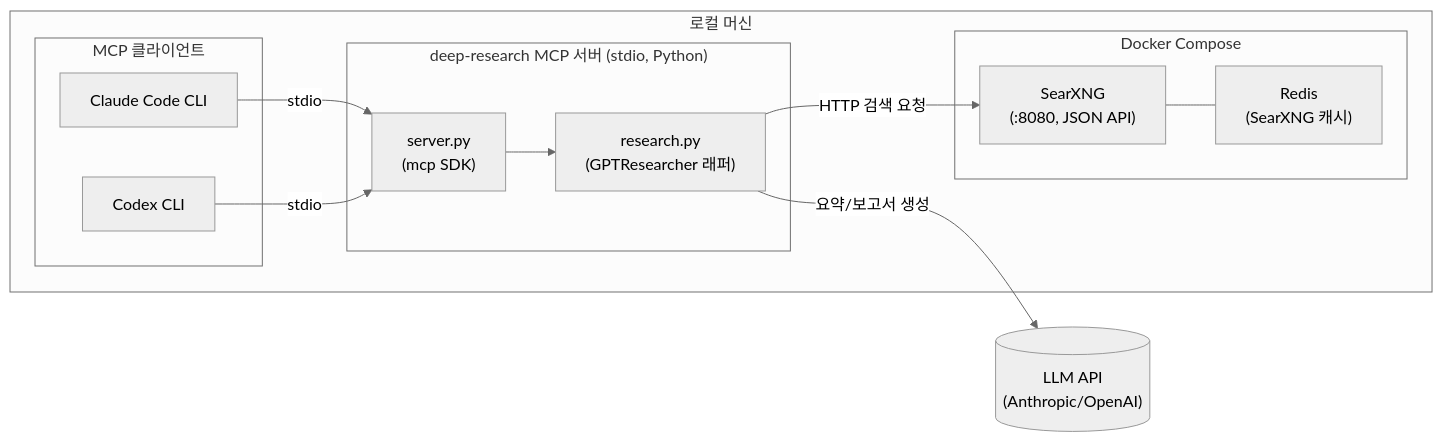
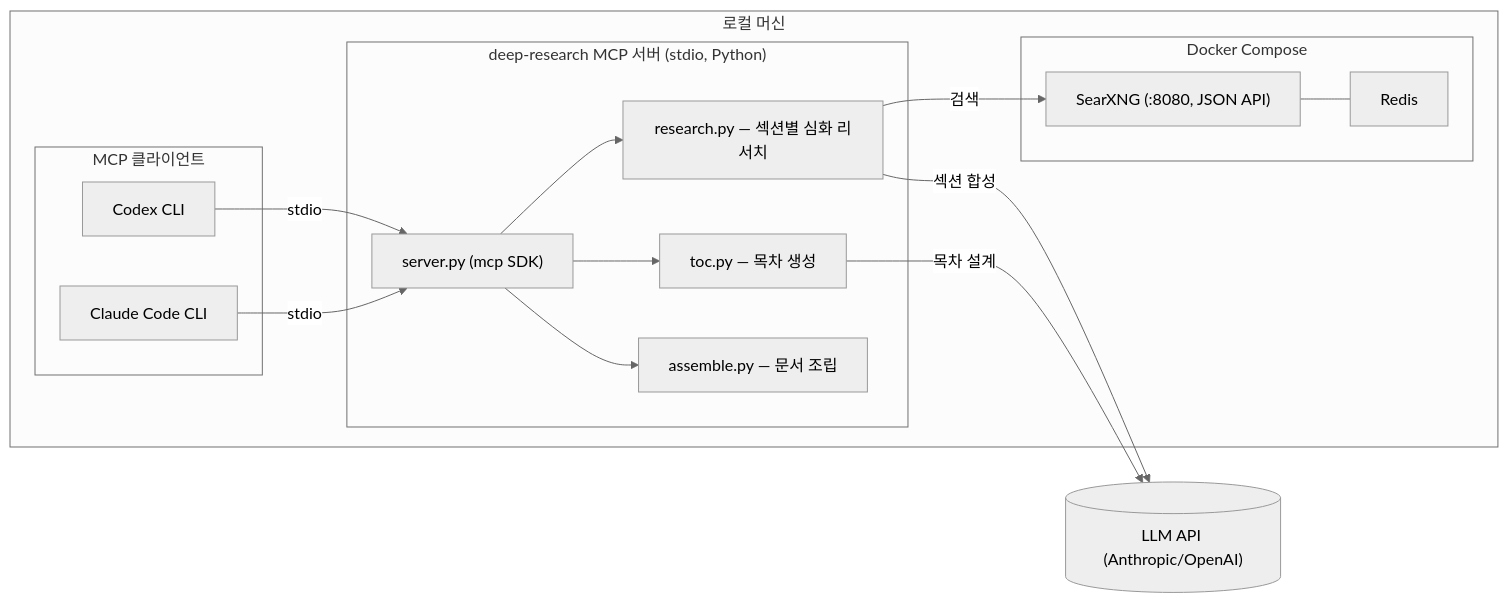
The diagram in DESIGN.md (lietzsche/researcher), drawn with Mermaid (neutral theme) before and after one commit. The commit also changed other lines of this file and 1 other file, not shown here.

First line of the commit message:
Redesign as TOC-first study document generator

````diff
--- a/DESIGN.md
+++ b/DESIGN.md
@@ -17,28 +30,33 @@
 ```mermaid
 flowchart LR
     subgraph Host["로컬 머신"]
         subgraph CLI["MCP 클라이언트"]
             CC["Claude Code CLI"]
             CX["Codex CLI"]
         end
 
         subgraph MCP["deep-research MCP 서버 (stdio, Python)"]
-            SRV["server.py\n(mcp SDK)"]
-            RES["research.py\n(GPTResearcher 래퍼)"]
+            SRV["server.py (mcp SDK)"]
+            TOC["toc.py — 목차 생성"]
+            SEC["research.py — 섹션별 심화 리서치"]
+            ASM["assemble.py — 문서 조립"]
         end
 
         subgraph Docker["Docker Compose"]
-            SXNG["SearXNG\n(:8080, JSON API)"]
-            REDIS["Redis\n(SearXNG 캐시)"]
+            SXNG["SearXNG (:8080, JSON API)"]
+            REDIS["Redis"]
         end
     end
 
-    LLM[("LLM API\n(Anthropic/OpenAI)")]
+    LLM[("LLM API (Anthropic/OpenAI)")]
 
-    CC -- "stdio" --> SRV
-    CX -- "stdio" --> SRV
-    SRV --> RES
-    RES -- "HTTP 검색 요청" --> SXNG
+    CC -- stdio --> SRV
+    CX -- stdio --> SRV
+    SRV --> TOC
+    SRV --> SEC
+    SRV --> ASM
+    TOC -- 목차 설계 --> LLM
+    SEC -- 검색 --> SXNG
+    SEC -- 섹션 합성 --> LLM
     SXNG --- REDIS
-    RES -- "요약/보고서 생성" --> LLM
 ```
````
